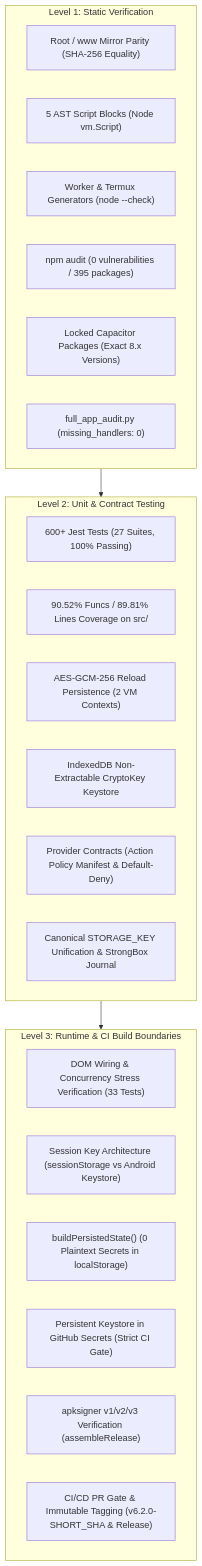
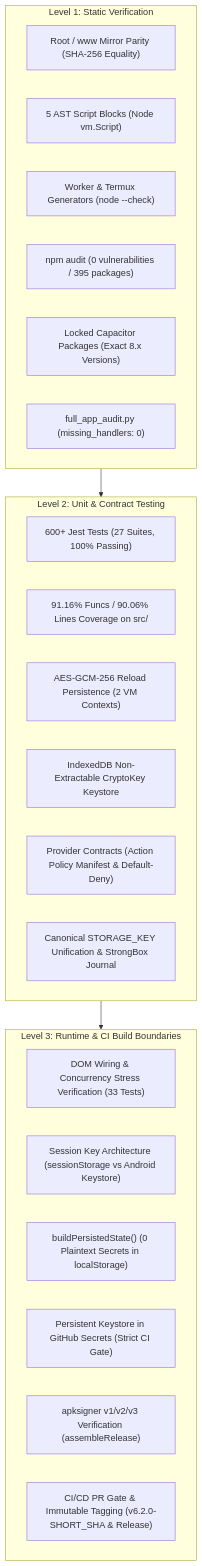
One commit to dicardotr46-max/EG-Nexus-OS changed the first of 2 diagrams in AUDIT_REPORT.md. Above: the diagram before and after it, drawn with Mermaid. The commit also changed other lines of this file and 24 other files, not shown here.

````diff
--- a/AUDIT_REPORT.md
+++ b/AUDIT_REPORT.md
@@ -21,32 +21,32 @@
 ```mermaid
 flowchart TD
     subgraph LEVEL_1["Level 1: Static Verification"]
         PARITY["Root / www Mirror Parity (SHA-256 Equality)"]
         AST["5 AST Script Blocks (Node vm.Script)"]
         TMPL["Worker & Termux Generators (node --check)"]
         NPM["npm audit (0 vulnerabilities / 395 packages)"]
         PINS["Locked Capacitor Packages (Exact 8.x Versions)"]
         PARSER["full_app_audit.py (missing_handlers: 0)"]
     end
 
     subgraph LEVEL_2["Level 2: Unit & Contract Testing"]
         JEST["600+ Jest Tests (27 Suites, 100% Passing)"]
-        COV["90.52% Funcs / 89.81% Lines Coverage on src/"]
+        COV["91.16% Funcs / 90.06% Lines Coverage on src/"]
         RELOAD["AES-GCM-256 Reload Persistence (2 VM Contexts)"]
         IDB_KEY["IndexedDB Non-Extractable CryptoKey Keystore"]
         PROVIDER["Provider Contracts (Action Policy Manifest & Default-Deny)"]
         STORAGE_UNIF["Canonical STORAGE_KEY Unification & StrongBox Journal"]
     end
 
     subgraph LEVEL_3["Level 3: Runtime & CI Build Boundaries"]
         DOM_WIRING["DOM Wiring & Concurrency Stress Verification (33 Tests)"]
         SESSION["Session Key Architecture (sessionStorage vs Android Keystore)"]
         STRIP["buildPersistedState() (0 Plaintext Secrets in localStorage)"]
         SECRETS_GATE["Persistent Keystore in GitHub Secrets (Strict CI Gate)"]
         SIGN["apksigner v1/v2/v3 Verification (assembleRelease)"]
         GATE["CI/CD PR Gate & Immutable Tagging (v6.2.0-SHORT_SHA & Release)"]
     end
 
     LEVEL_1 --> LEVEL_2
     LEVEL_2 --> LEVEL_3
 ```
````
